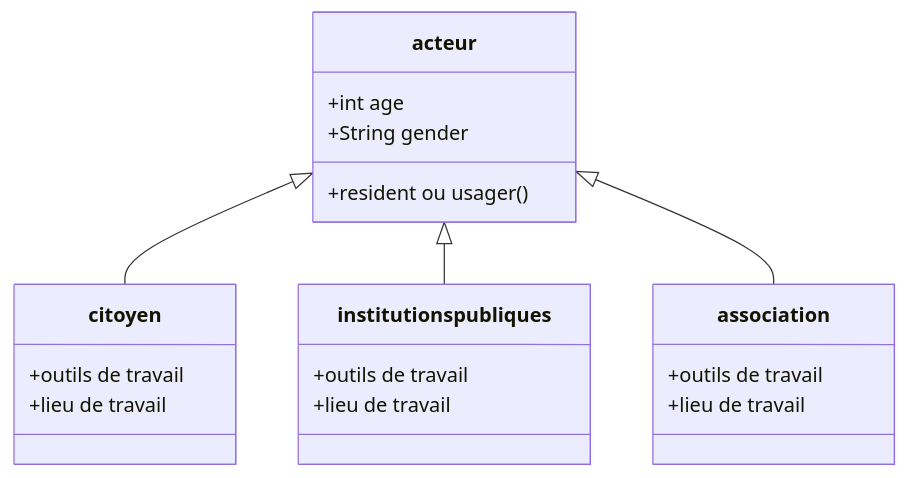
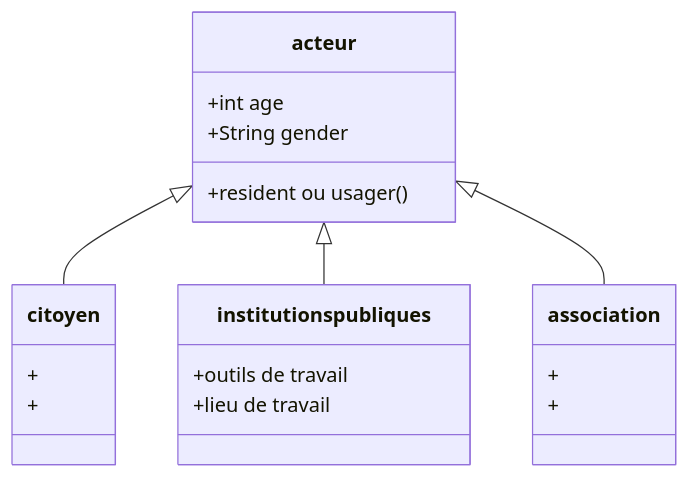
The diagram in sources/acteurskahiarchi.md (kahiarchi/plaine---saint--Denis---batiment-), drawn with Mermaid before and after one commit.

Commit message:
Refactor formatting in acteurskahiarchi.md
Removed empty lines and adjusted formatting in the 'citoyen' and 'association' classes.

````diff
--- a/sources/acteurskahiarchi.md
+++ b/sources/acteurskahiarchi.md
@@ -1,24 +1,24 @@
 ```mermaid
 classDiagram
     acteur <|-- citoyen
     acteur <|-- institutions publiques
     acteur <|-- association
 
     acteur : +int age
     acteur : +String gender
     acteur: +resident ou usager()
 
   class citoyen{
-      +outils de travail
-     +lieu de travail
+      +
+     +
     }
     class institutions publiques{
       +outils de travail
      +lieu de travail
     }
     class association{
-      +outils de travail
-     +lieu de travail
+      +
+     +
   
      }
 ```
````
